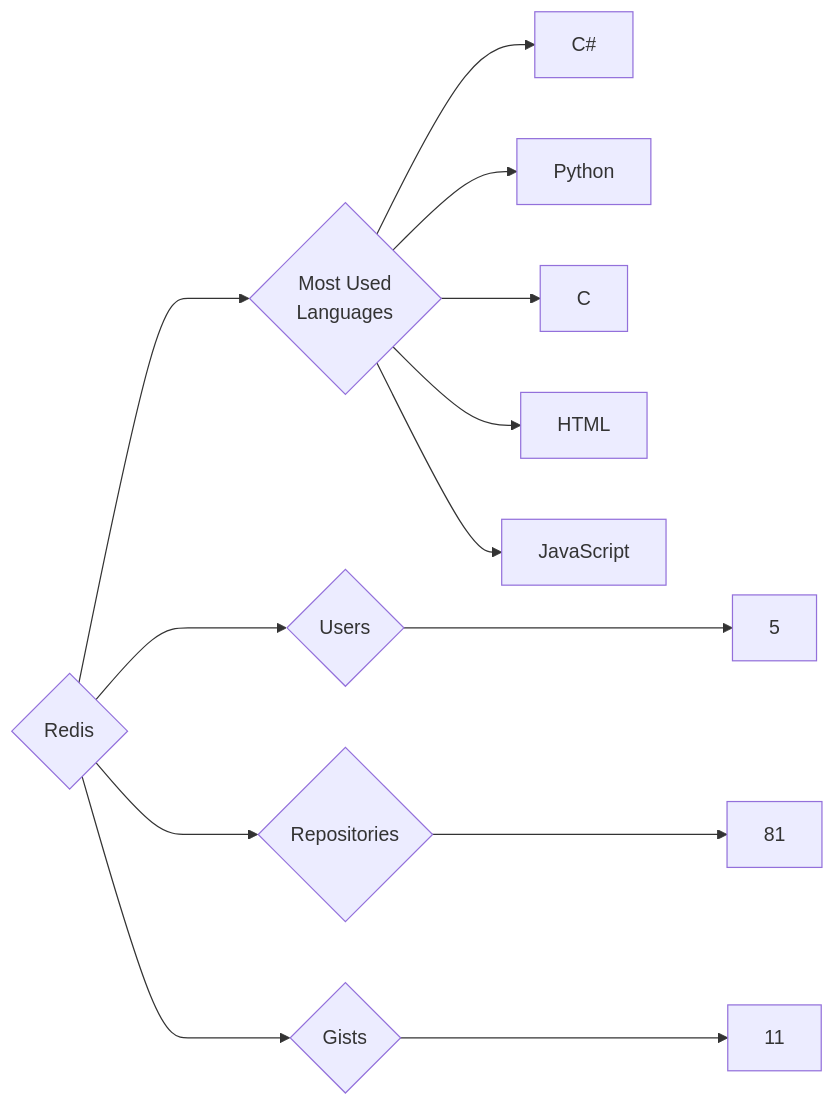
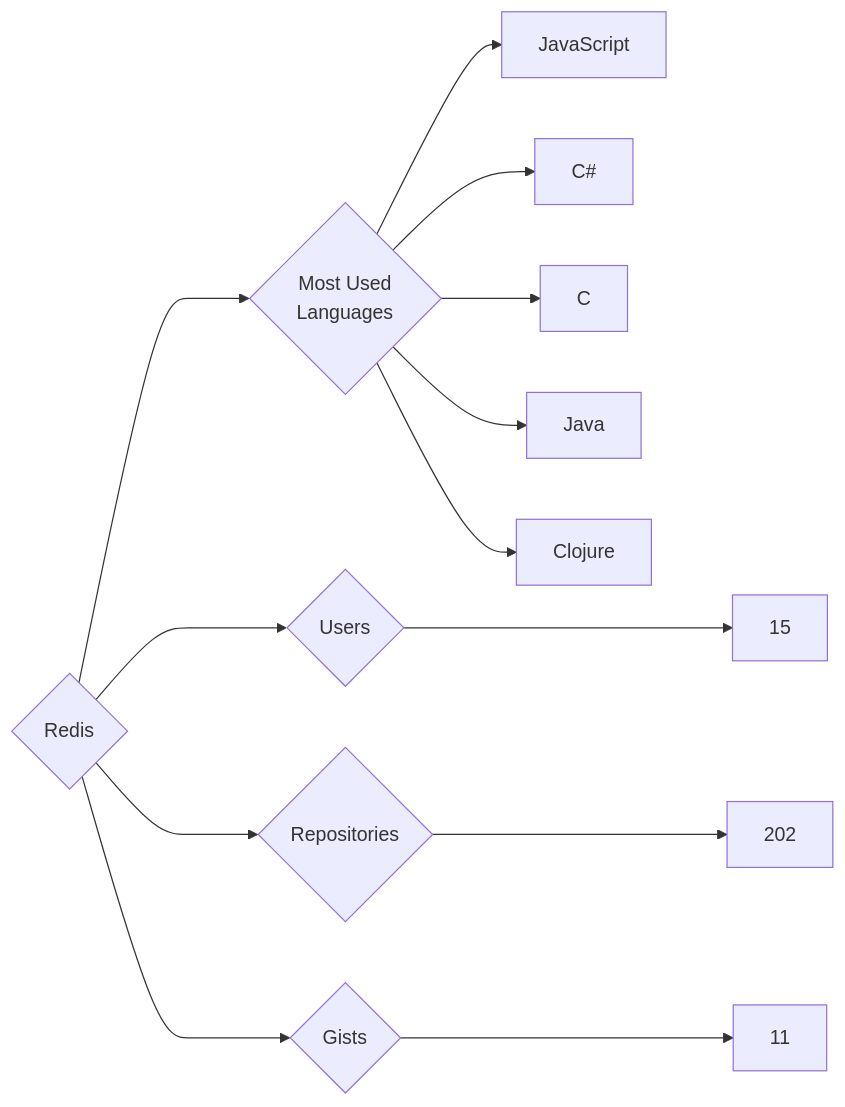
One commit to trickest/insiders changed the diagram in targets/Redis/README.md. Above: the diagram before and after it, drawn with Mermaid. The commit also changed 895 other files, not shown here.

````diff
--- a/targets/Redis/README.md
+++ b/targets/Redis/README.md
@@ -3,13 +3,13 @@
 ```mermaid
 graph LR
 COMPANY_NAME{Redis}
-COMPANY_NAME ---> U{Users} ---> UN[5]
-COMPANY_NAME ---> R{Repositories} ---> RN[81]
+COMPANY_NAME ---> U{Users} ---> UN[15]
+COMPANY_NAME ---> R{Repositories} ---> RN[202]
 COMPANY_NAME ---> G{Gists} ---> GN[11]
 COMPANY_NAME ---> ML{Most Used<br>Languages}
+ML --> JavaScript[JavaScript]
 ML --> C#[C#]
-ML --> Python[Python]
 ML --> C[C]
-ML --> HTML[HTML]
-ML --> JavaScript[JavaScript]
+ML --> Java[Java]
+ML --> Clojure[Clojure]
 ```
````
